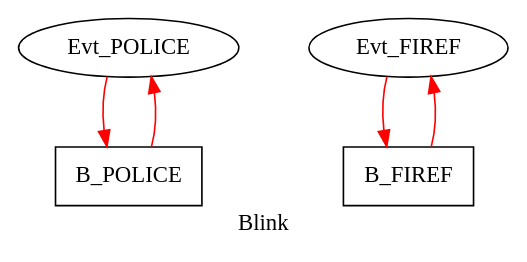
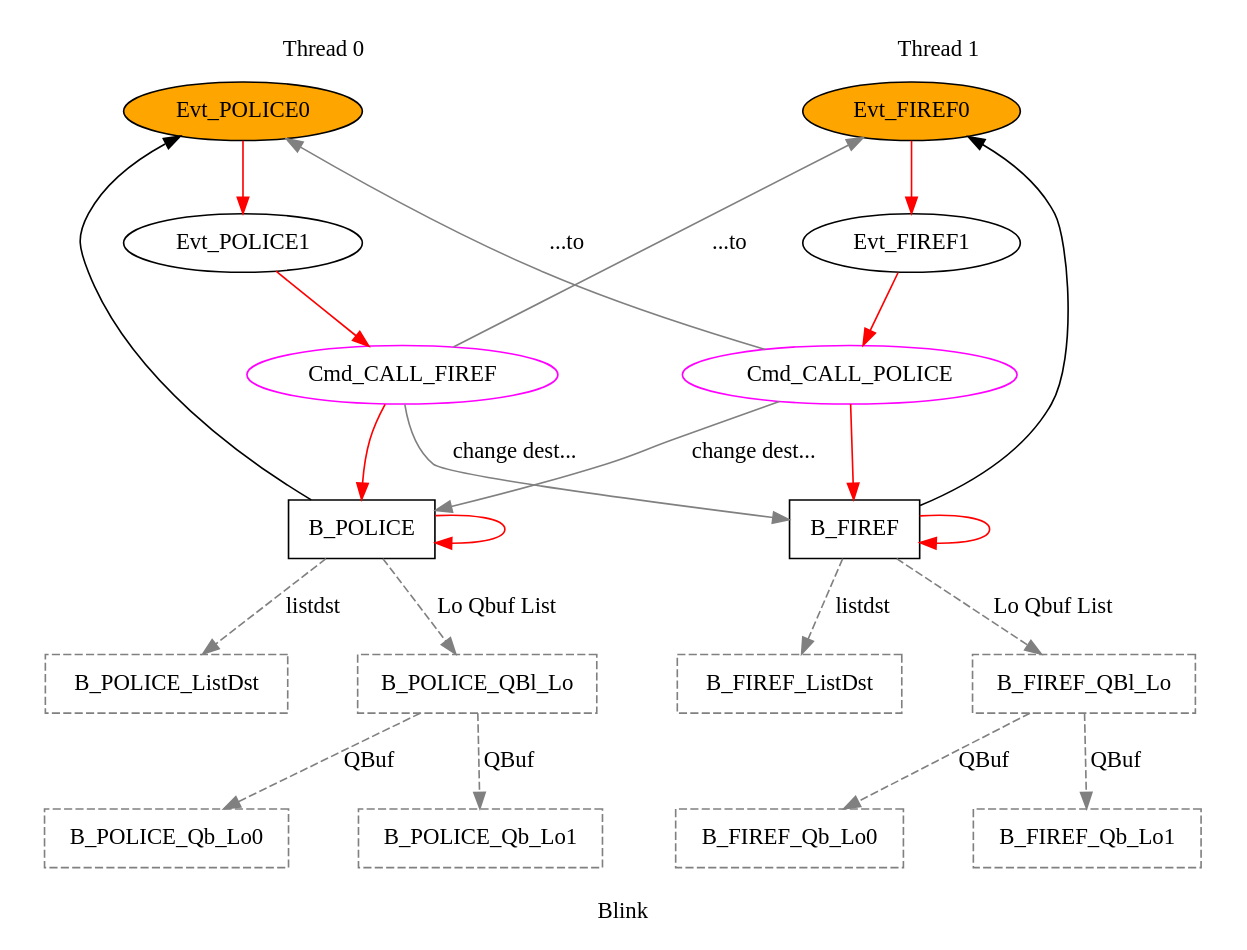
The diagram in modules/ftm/ftmx86/blink.dot (GSI-CS-CO/bel_projects), drawn with Graphviz before and after one commit. The commit also changed 1 other file, not shown here.

Commit message:
mutual call blink test successful

```diff
--- a/modules/ftm/ftmx86/blink.dot
+++ b/modules/ftm/ftmx86/blink.dot
@@ -1,14 +1,60 @@
 digraph G {
 graph [label="Blink", root="Evt_POLICE",  rankdir=TB, nodesep=0.6, mindist=0.6, ranksep=0.6, overlap=false]
 node [type="TMsg", shape="rectangle",  style="filled", fillcolor="white", color="black"]
 edge [type="defdst", color="red"]
 
-Evt_POLICE        [type="TMsg",                tOffs=0, id="0x0000000000000110", par="0x123", shape="oval"];
-Evt_FIREF         [type="TMsg",              tOffs=0, id="0x0000000000000112", par="0x0", shape="oval"];
+subgraph cluster_0 {
+  color = "none";
+Evt_POLICE0        [type="TMsg",                tOffs=0, id="0x0000000000000110", par="0x123", shape="oval", fillcolor="orange"];
+Evt_POLICE1        [type="TMsg",                tOffs=500, id="0x0000000000000110", par="0x123", shape="oval"];
+Cmd_CALL_FIREF   [shape="oval",             tOffs=300, type="Flow", color="magenta", tValid=0, qty=1];
+B_POLICE          [type="Block",         tPeriod=2000000000];
+Evt_POLICE0 -> Evt_POLICE1 -> Cmd_CALL_FIREF -> B_POLICE -> B_POLICE;
+B_POLICE   -> Evt_POLICE0 [type="altdst", color="black"];
+
+B_POLICE_ListDst [type="ListDst", color="grey", style=dashed, flags=0];
+B_POLICE_QBl_Lo [type="QInfo", color="grey", style=dashed, flags=0];
+B_POLICE_Qb_Lo0 [type="QBuf", color="grey", style=dashed, flags=0];
+B_POLICE_Qb_Lo1 [type="QBuf", color="grey", style=dashed, flags=0];
+B_POLICE->B_POLICE_QBl_Lo [type="priolo", color="grey", style=dashed, label="Lo Qbuf List"];
+B_POLICE_QBl_Lo->B_POLICE_Qb_Lo0 [type="meta", color="grey", style=dashed, label="QBuf"];
+B_POLICE_QBl_Lo->B_POLICE_Qb_Lo1 [type="meta", color="grey", style=dashed, label="QBuf"];
+B_POLICE->B_POLICE_ListDst [type="listdst", color="grey", style=dashed, label="listdst"];
+
+
+label = "Thread 0"
+}
+
+subgraph cluster_1 {
+Evt_FIREF0         [type="TMsg",              tOffs=0, id="0x0000000000000112", par="0x0", shape="oval", fillcolor="orange"];
+Evt_FIREF1         [type="TMsg",              tOffs=0, id="0x0000000000000112", par="0x0", shape="oval"];
+Cmd_CALL_POLICE   [shape="oval",             tOffs=1000, type="Flow", color="magenta", tValid=0, qty=1];
 B_FIREF           [type="Block",         tPeriod=4000000000];
-B_POLICE          [type="Block",         tPeriod=2000000000];
+Evt_FIREF0  -> Evt_FIREF1 -> Cmd_CALL_POLICE -> B_FIREF -> B_FIREF;
+B_FIREF   -> Evt_FIREF0 [type="altdst", color="black"];
+B_FIREF_ListDst [type="ListDst", color="grey", style=dashed, flags=0];
+B_FIREF_QBl_Lo [type="QInfo", color="grey", style=dashed, flags=0];
+B_FIREF_Qb_Lo0 [type="QBuf", color="grey", style=dashed, flags=0];
+B_FIREF_Qb_Lo1 [type="QBuf", color="grey", style=dashed, flags=0];
+B_FIREF->B_FIREF_QBl_Lo [type="priolo", color="grey", style=dashed, label="Lo Qbuf List"];
+B_FIREF_QBl_Lo->B_FIREF_Qb_Lo0 [type="meta", color="grey", style=dashed, label="QBuf"];
+B_FIREF_QBl_Lo->B_FIREF_Qb_Lo1 [type="meta", color="grey", style=dashed, label="QBuf"];
+B_FIREF->B_FIREF_ListDst [type="listdst", color="grey", style=dashed, label="listdst"];
+color = "none";
+label = "Thread 1"
+}
 
-Evt_POLICE  -> B_POLICE -> Evt_POLICE;
-Evt_FIREF  -> B_FIREF -> Evt_FIREF;
+Cmd_CALL_POLICE  -> B_POLICE [type="target", color="grey", label="change dest..."];
+Cmd_CALL_POLICE  -> Evt_POLICE0 [type="flowdst", color="grey", label="...to"];
+
+
+
+
+
+Cmd_CALL_FIREF  -> B_FIREF [type="target", color="grey", label="change dest..."];
+Cmd_CALL_FIREF  -> Evt_FIREF0 [type="flowdst", color="grey", label="...to"];
+
+
+
 
 }
```
